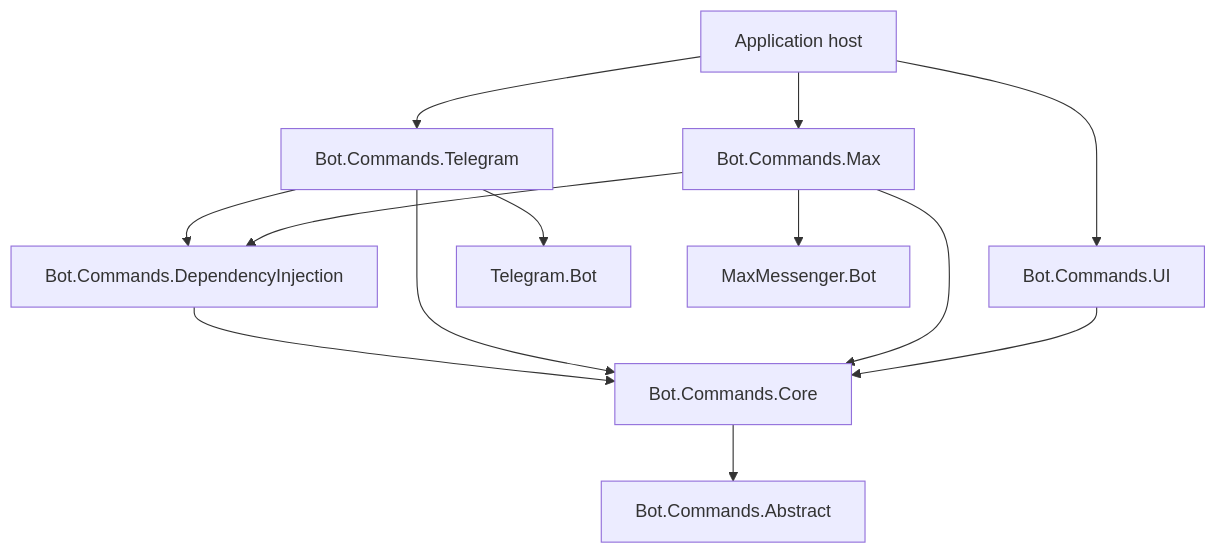
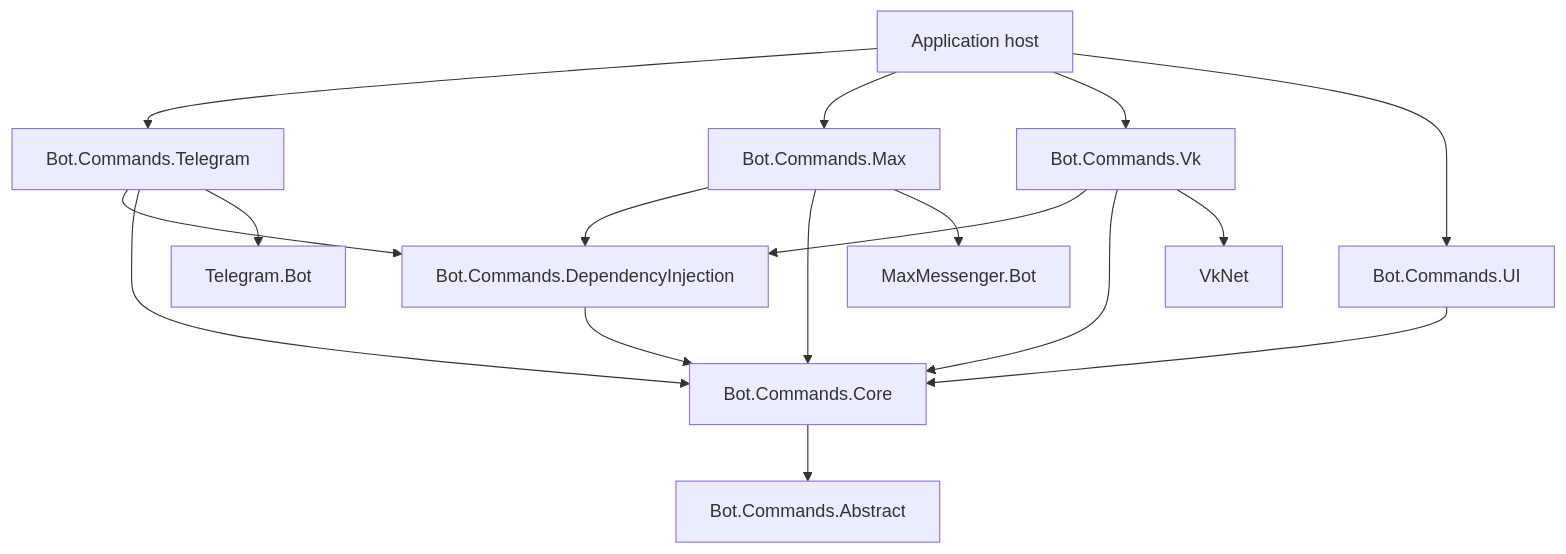
The diagram in docs/architecture.md (Eugene1700/telegram), drawn with Mermaid before and after one commit. The commit also changed other lines of this file and 64 other files, not shown here.

````diff
--- a/docs/architecture.md
+++ b/docs/architecture.md
@@ -7,15 +7,19 @@
 ```mermaid
 flowchart TD
     Host[Application host] --> Telegram[Bot.Commands.Telegram]
     Host --> Max[Bot.Commands.Max]
+    Host --> Vk[Bot.Commands.Vk]
     Host --> UI[Bot.Commands.UI]
     Telegram --> DI[Bot.Commands.DependencyInjection]
     Max --> DI
+    Vk --> DI
     DI --> Core[Bot.Commands.Core]
     Telegram --> Core[Bot.Commands.Core]
     Max --> Core
+    Vk --> Core
     UI --> Core
     Core --> Abstract[Bot.Commands.Abstract]
     Telegram --> TelegramSDK[Telegram.Bot]
     Max --> MaxSDK[MaxMessenger.Bot]
+    Vk --> VkSDK[VkNet]
 ```
````
